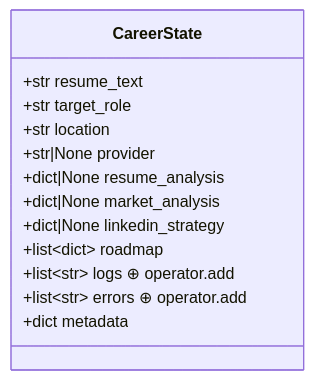
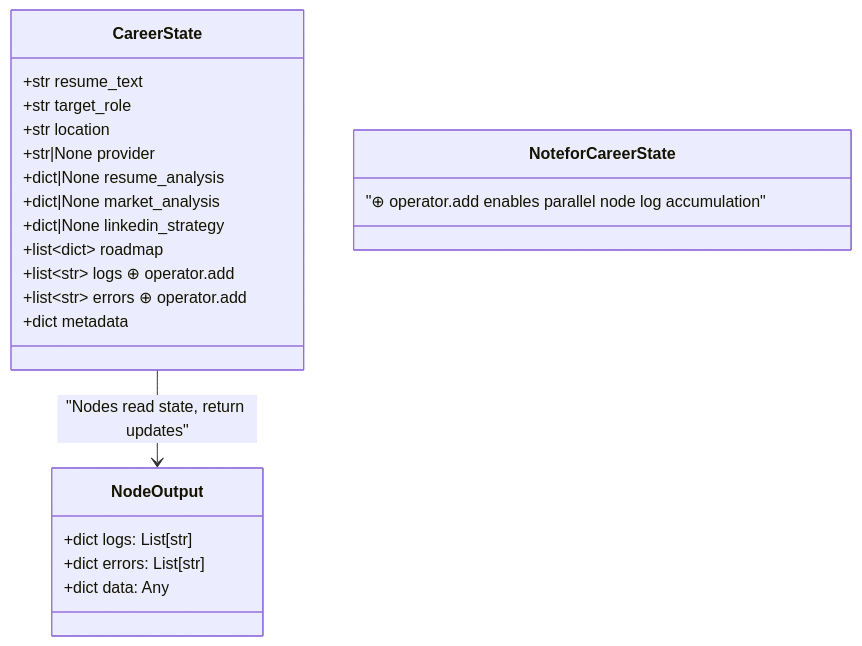
Before and after one commit to Anil-Pradhan-web/ai-career-mentor: the fifth of 36 diagrams in ARCHITECTURE.md, drawn with Mermaid. The commit also changed other lines of this file and 3 other files, not shown here.

Commit message:
docs: upgrade README, ARCHITECTURE, SYSTEM, API docs to professional high-level design with emojis, diagrams, and detailed explanations

````diff
--- a/ARCHITECTURE.md
+++ b/ARCHITECTURE.md
@@ -132,16 +251,25 @@
 ```mermaid
 classDiagram
     class CareerState {
         +str resume_text
         +str target_role
         +str location
         +str|None provider
         +dict|None resume_analysis
         +dict|None market_analysis
         +dict|None linkedin_strategy
         +list~dict~ roadmap
         +list~str~ logs ⊕ operator.add
         +list~str~ errors ⊕ operator.add
         +dict metadata
     }
+    
+    class NodeOutput {
+        +dict logs: List[str]
+        +dict errors: List[str]
+        +dict data: Any
+    }
+    
+    CareerState --> NodeOutput : "Nodes read state, return updates"
+    Note for CareerState: "⊕ operator.add enables parallel node log accumulation"
 ```
````
